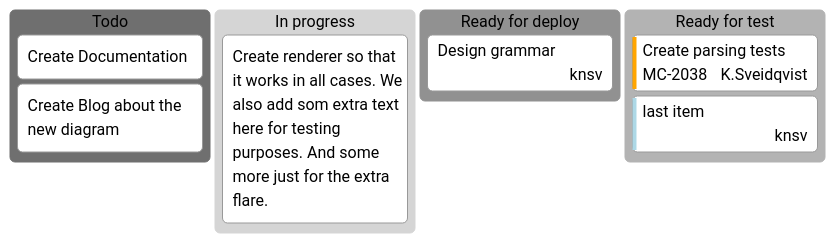
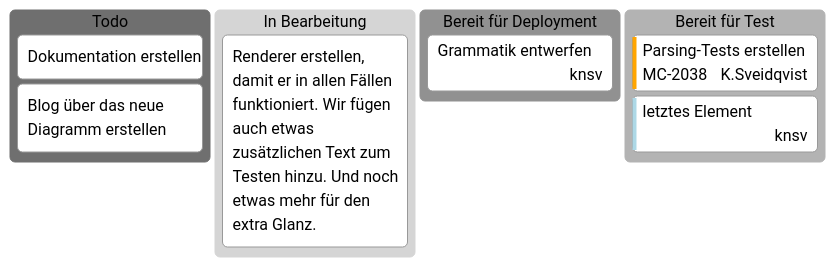
Diagram 18 of 19 in content/posts/de/learning-about-mermaid.mdx (tinacms/tina-cloud-starter), drawn with Mermaid (neutral theme) before and after one commit. The commit also changed other lines of this file and 6 other files, not shown here.

Commit message:
feat: Translate content to German including all posts and about

````diff
--- a/content/posts/de/learning-about-mermaid.mdx
+++ b/content/posts/de/learning-about-mermaid.mdx
@@ -431,13 +429,13 @@
 ```mermaid
 kanban
   Todo
-    [Create Documentation]
-    docs[Create Blog about the new diagram]
-  [In progress]
-    id6[Create renderer so that it works in all cases. We also add som extra text here for testing purposes. And some more just for the extra flare.]
-  id9[Ready for deploy]
-    id8[Design grammar]@{ assigned: 'knsv' }
-  id10[Ready for test]
-    id4[Create parsing tests]@{ ticket: MC-2038, assigned: 'K.Sveidqvist', priority: 'High' }
-    id66[last item]@{ priority: 'Very Low', assigned: 'knsv' }
+    [Dokumentation erstellen]
+    docs[Blog über das neue Diagramm erstellen]
+  [In Bearbeitung]
+    id6[Renderer erstellen, damit er in allen Fällen funktioniert. Wir fügen auch etwas zusätzlichen Text zum Testen hinzu. Und noch etwas mehr für den extra Glanz.]
+  id9[Bereit für Deployment]
+    id8[Grammatik entwerfen]@{ assigned: 'knsv' }
+  id10[Bereit für Test]
+    id4[Parsing-Tests erstellen]@{ ticket: MC-2038, assigned: 'K.Sveidqvist', priority: 'High' }
+    id66[letztes Element]@{ priority: 'Very Low', assigned: 'knsv' }
 ```
````
